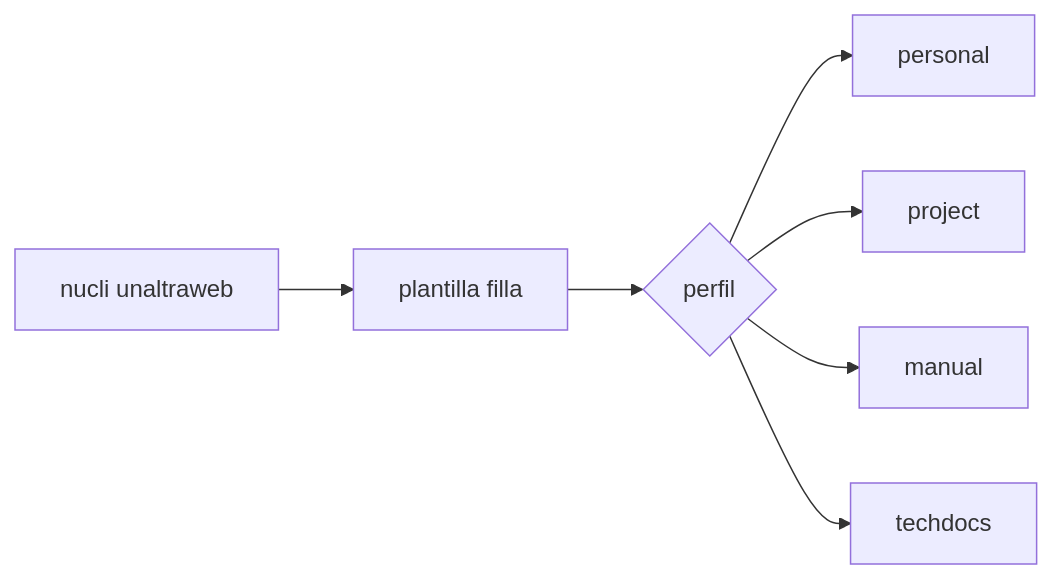
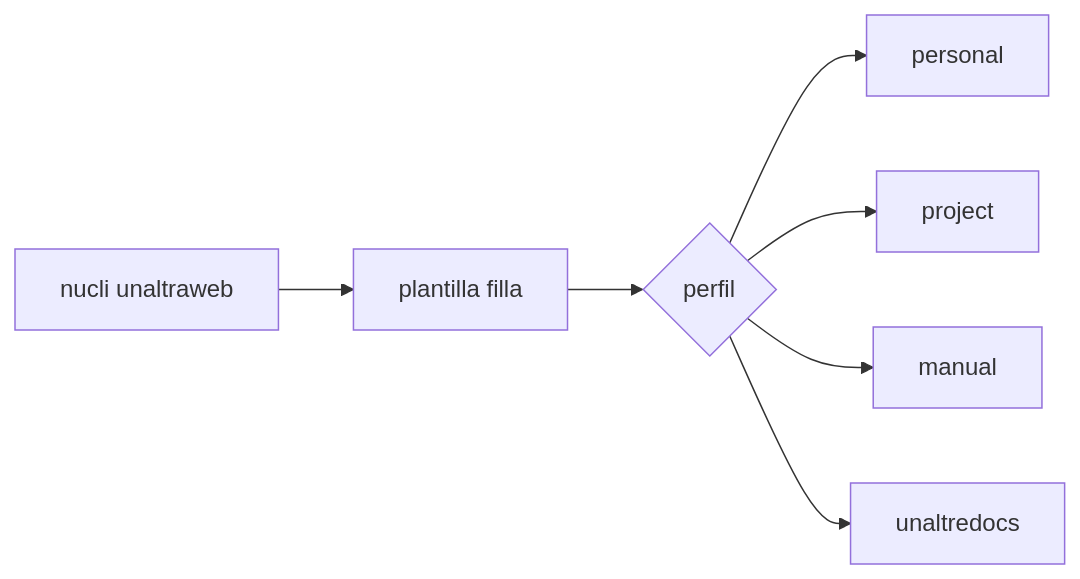
The diagram in _documentation/ca/18-exemples-tecnics.md (dosquartsdedocs/unaltraweb-template), drawn with Mermaid before and after one commit. The commit also changed other lines of this file and 233 other files, not shown here.

````diff
--- a/_documentation/ca/18-exemples-tecnics.md
+++ b/_documentation/ca/18-exemples-tecnics.md
@@ -17,9 +17,9 @@
 ```mermaid
 flowchart LR
   core[nucli unaltraweb] --> template[plantilla filla]
   template --> profiles{perfil}
   profiles --> personal[personal]
   profiles --> project[project]
   profiles --> manual[manual]
-  profiles --> techdocs[techdocs]
+  profiles --> unaltredocs[unaltredocs]
 ```
````
